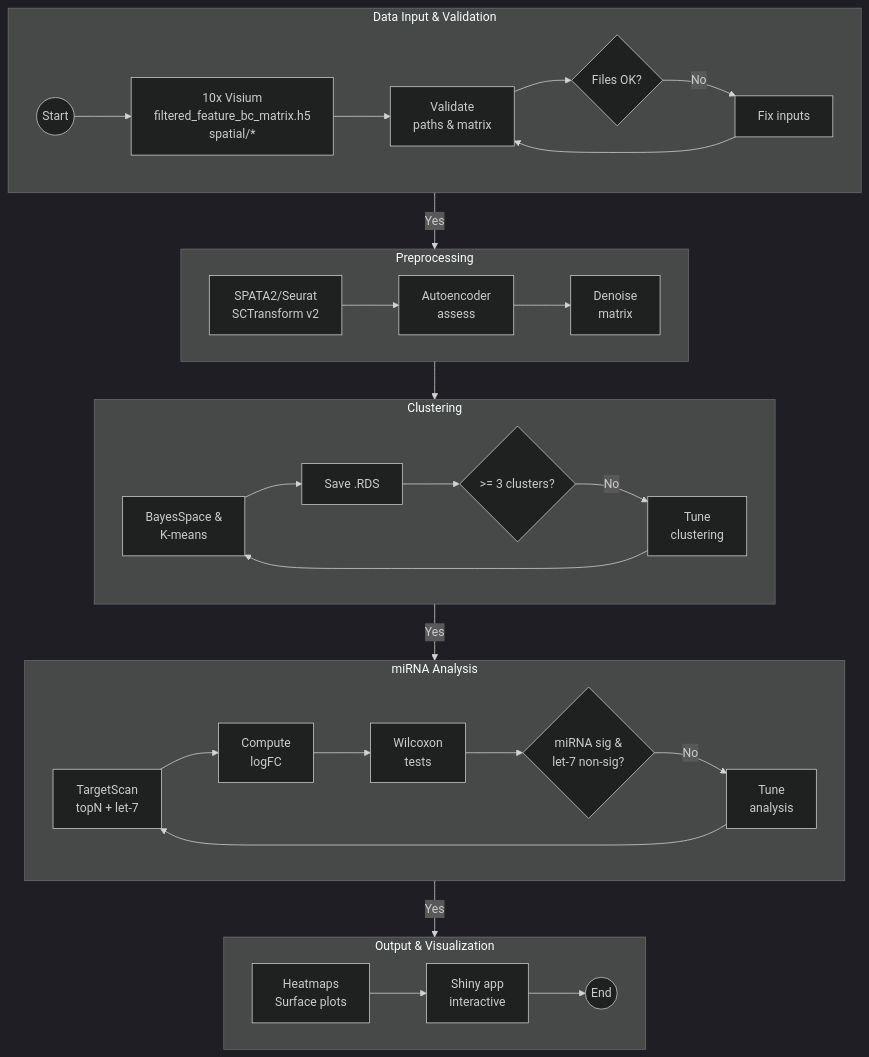
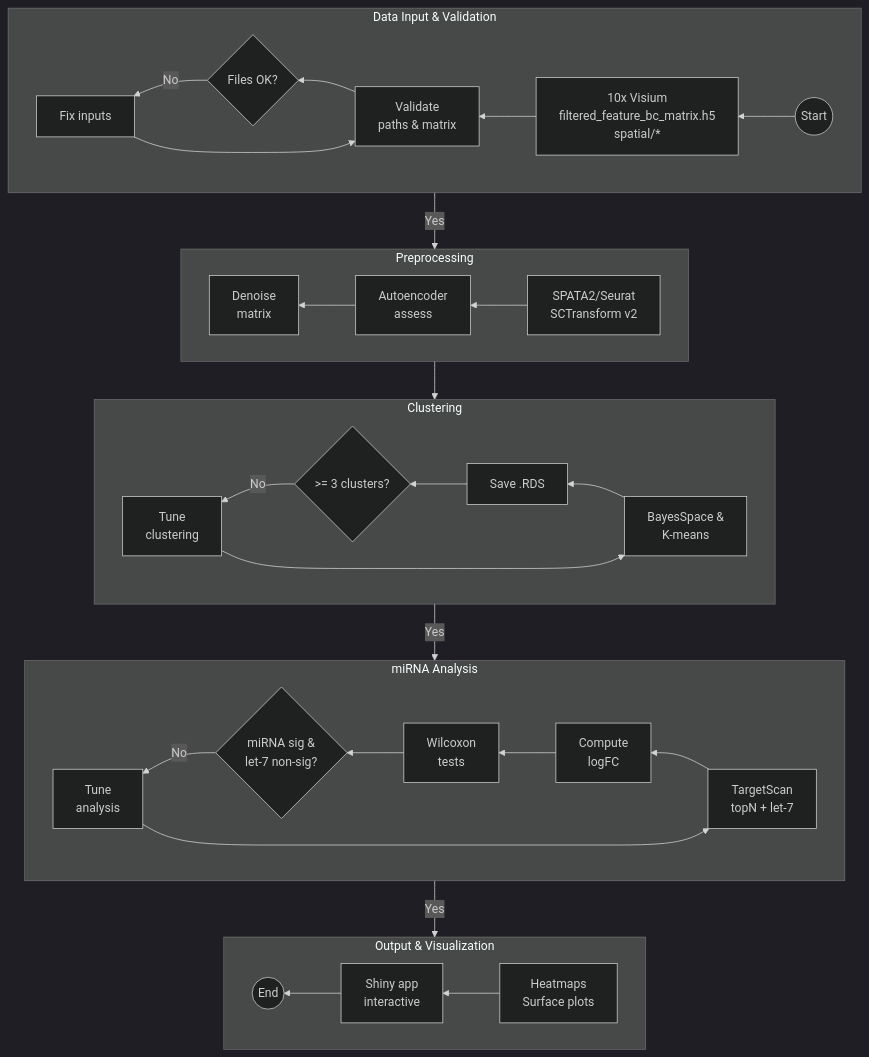
The diagram in Readme.md (shon-1210/10X-Visium-Spatial-Transcriptomics-Pipeline-to-Analyse-miRNA-Expression-Patterns), drawn with Mermaid (dark theme) before and after one commit.

````diff
--- a/Readme.md
+++ b/Readme.md
@@ -33,37 +33,37 @@
 ```mermaid
 flowchart TB
   %% Stacked horizontal sections for GitHub display
   subgraph input_phase ["Data Input & Validation"]
-    direction LR
+    direction RL
     start((Start)) --> input[10x Visium<br/>filtered_feature_bc_matrix.h5<br/>spatial/*] --> validate[Validate<br/>paths & matrix] --> reqOK{Files OK?}
     reqOK -->|No| fixInputs[Fix inputs] --> validate
   end
   
   subgraph preprocessing ["Preprocessing"]
-    direction LR
+    direction RL
     init[SPATA2/Seurat<br/>SCTransform v2] --> ae[Autoencoder<br/>assess] --> denoise[Denoise<br/>matrix]
   end
   
   subgraph clustering ["Clustering"]
-    direction LR
+    direction RL
     cluster[BayesSpace &<br/>K-means] --> freeze[Save .RDS] --> enoughK{">= 3 clusters?"}
     enoughK -->|No| tuneClust[Tune<br/>clustering] --> cluster
   end
   
   subgraph analysis ["miRNA Analysis"]
-    direction LR
+    direction RL
     targets[TargetScan<br/>topN + let-7] --> logfc[Compute<br/>logFC] --> wilcox[Wilcoxon<br/>tests] --> qcSig{"miRNA sig &<br/>let-7 non-sig?"}
     qcSig -->|No| tuneTopN[Tune<br/>analysis] --> targets
   end
   
   subgraph output ["Output & Visualization"]
-    direction LR
+    direction RL
     viz[Heatmaps<br/>Surface plots] --> shiny[Shiny app<br/>interactive] --> fin((End))
   end
   
   %% Connect sections vertically
   reqOK -->|Yes| init
   denoise --> cluster
   enoughK -->|Yes| targets
   qcSig -->|Yes| viz
 ```
````
